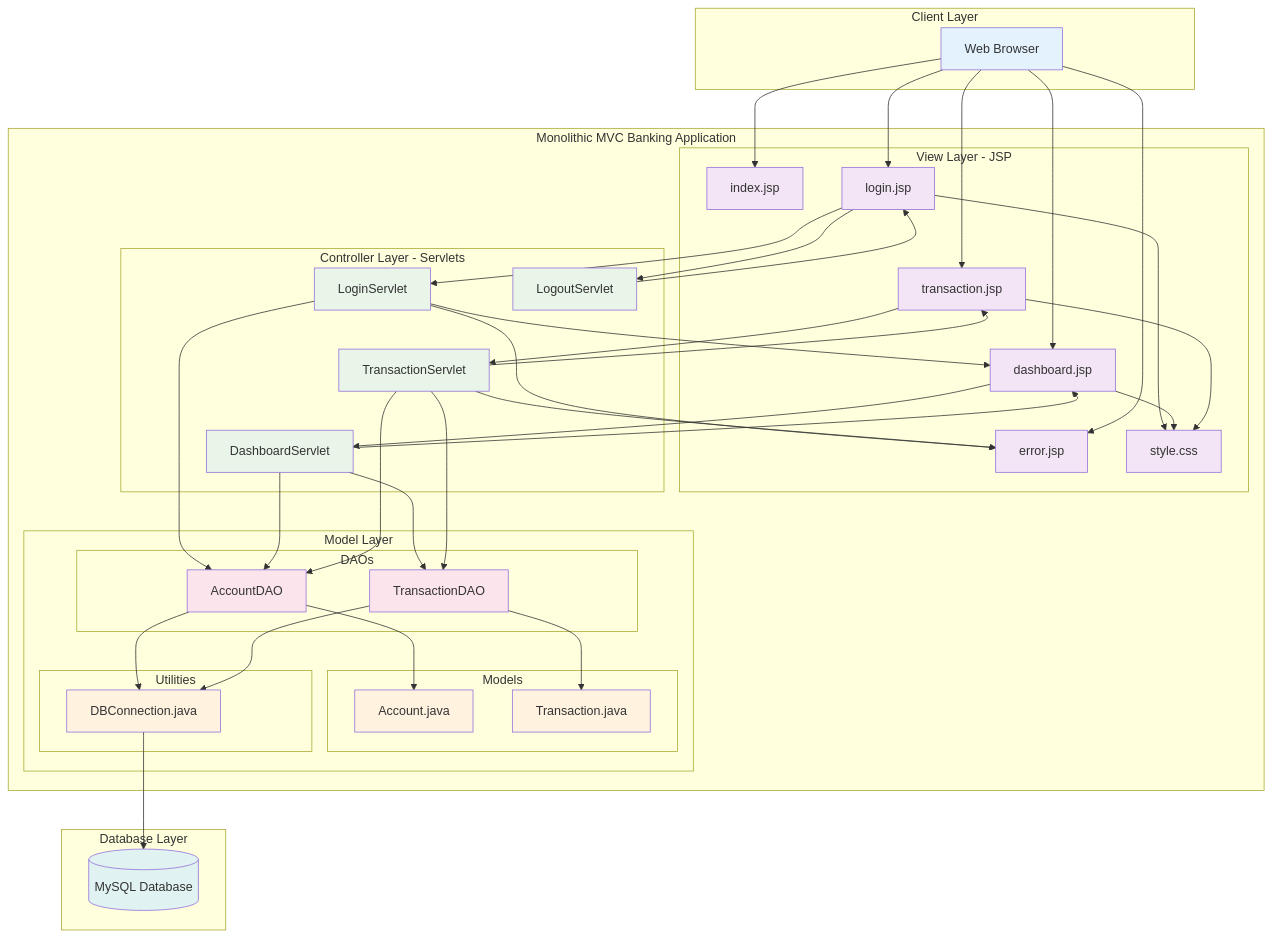
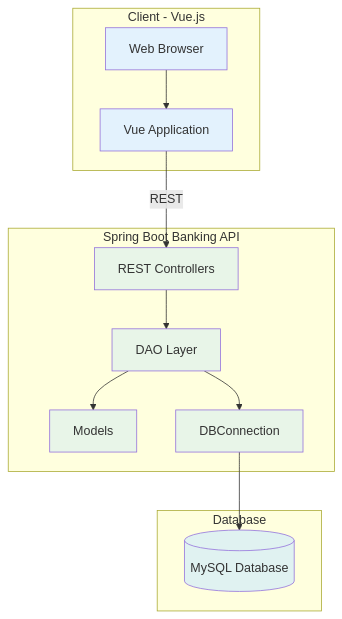
Before and after one commit to RICH0423/banking-app: the diagram in banking_architecture.mermaid, drawn with Mermaid. The commit also changed 13 other files, not shown here.

Commit message:
Refactor app to Spring Boot and Vue

```diff
--- a/banking_architecture.mermaid
+++ b/banking_architecture.mermaid
@@ -1,107 +1,31 @@
 graph TB
-    %% Client Layer
-    subgraph "Client Layer"
+    subgraph "Client - Vue.js"
         Browser[Web Browser]
+        Vue[Vue Application]
+        Browser --> Vue
     end
-    
-    %% Monolithic MVC Application
-    subgraph "Monolithic MVC Banking Application"
-        %% View Layer (JSP)
-        subgraph "View Layer - JSP"
-            INDEX[index.jsp]
-            LOGIN[login.jsp]
-            DASH[dashboard.jsp]
-            TRANS[transaction.jsp]
-            ERROR[error.jsp]
-            CSS[style.css]
-        end
-        
-        %% Controller Layer (Servlets)
-        subgraph "Controller Layer - Servlets"
-            LS[LoginServlet]
-            DS[DashboardServlet]
-            TS[TransactionServlet]
-            LOS[LogoutServlet]
-        end
-        
-        %% Model Layer
-        subgraph "Model Layer"
-            subgraph "DAOs"
-                ADAO[AccountDAO]
-                TDAO[TransactionDAO]
-            end
-            
-            subgraph "Models"
-                ACC[Account.java]
-                TRN[Transaction.java]
-            end
-            
-            subgraph "Utilities"
-                DBC[DBConnection.java]
-            end
-        end
+
+    subgraph "Spring Boot Banking API"
+        Controller[REST Controllers]
+        DAO[DAO Layer]
+        Models[Models]
+        Util[DBConnection]
     end
-    
-    %% Database Layer
-    subgraph "Database Layer"
+
+    subgraph "Database"
         MySQL[(MySQL Database)]
     end
-    
-    %% Request Flow
-    Browser --> INDEX
-    Browser --> LOGIN
-    Browser --> DASH
-    Browser --> TRANS
-    Browser --> ERROR
-    
-    %% Static Resources
-    LOGIN --> CSS
-    DASH --> CSS
-    TRANS --> CSS
-    
-    %% JSP to Servlets
-    LOGIN --> LS
-    DASH --> DS
-    TRANS --> TS
-    LOGIN --> LOS
-    
-    %% Servlet Response to JSP
-    LS --> DASH
-    LS --> ERROR
-    DS --> DASH
-    TS --> TRANS
-    TS --> ERROR
-    LOS --> LOGIN
-    
-    %% Servlets to DAOs
-    LS --> ADAO
-    DS --> ADAO
-    DS --> TDAO
-    TS --> ADAO
-    TS --> TDAO
-    
-    %% DAOs use Models
-    ADAO --> ACC
-    TDAO --> TRN
-    
-    %% DAOs use DB Connection
-    ADAO --> DBC
-    TDAO --> DBC
-    
-    %% DB Connection to MySQL
-    DBC --> MySQL
-    
-    %% Styling
+
+    Vue -- REST --> Controller
+    Controller --> DAO
+    DAO --> Models
+    DAO --> Util
+    Util --> MySQL
+
     classDef client fill:#e3f2fd
-    classDef view fill:#f3e5f5
-    classDef controller fill:#e8f5e8
-    classDef model fill:#fff3e0
-    classDef dao fill:#fce4ec
+    classDef backend fill:#e8f5e8
     classDef database fill:#e0f2f1
-    
-    class Browser client
-    class INDEX,LOGIN,DASH,TRANS,ERROR,CSS view
-    class LS,DS,TS,LOS controller
-    class ACC,TRN,DBC model
-    class ADAO,TDAO dao
+
+    class Browser,Vue client
+    class Controller,DAO,Models,Util backend
     class MySQL database
```
